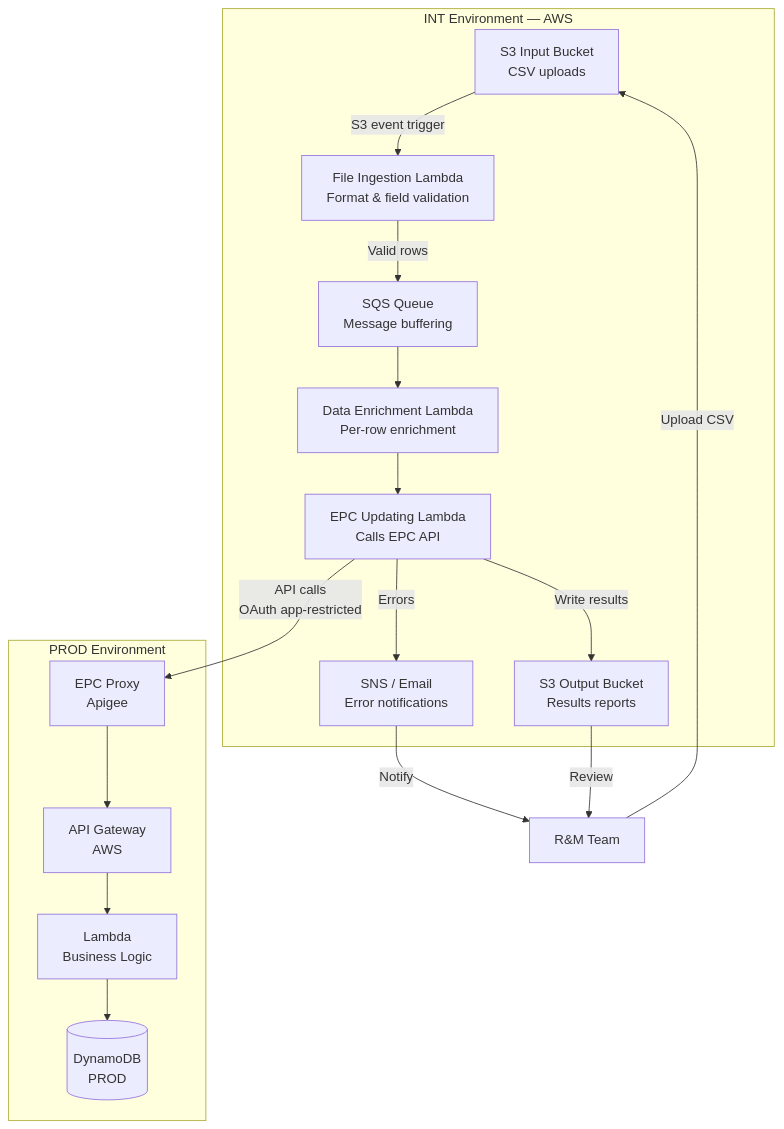
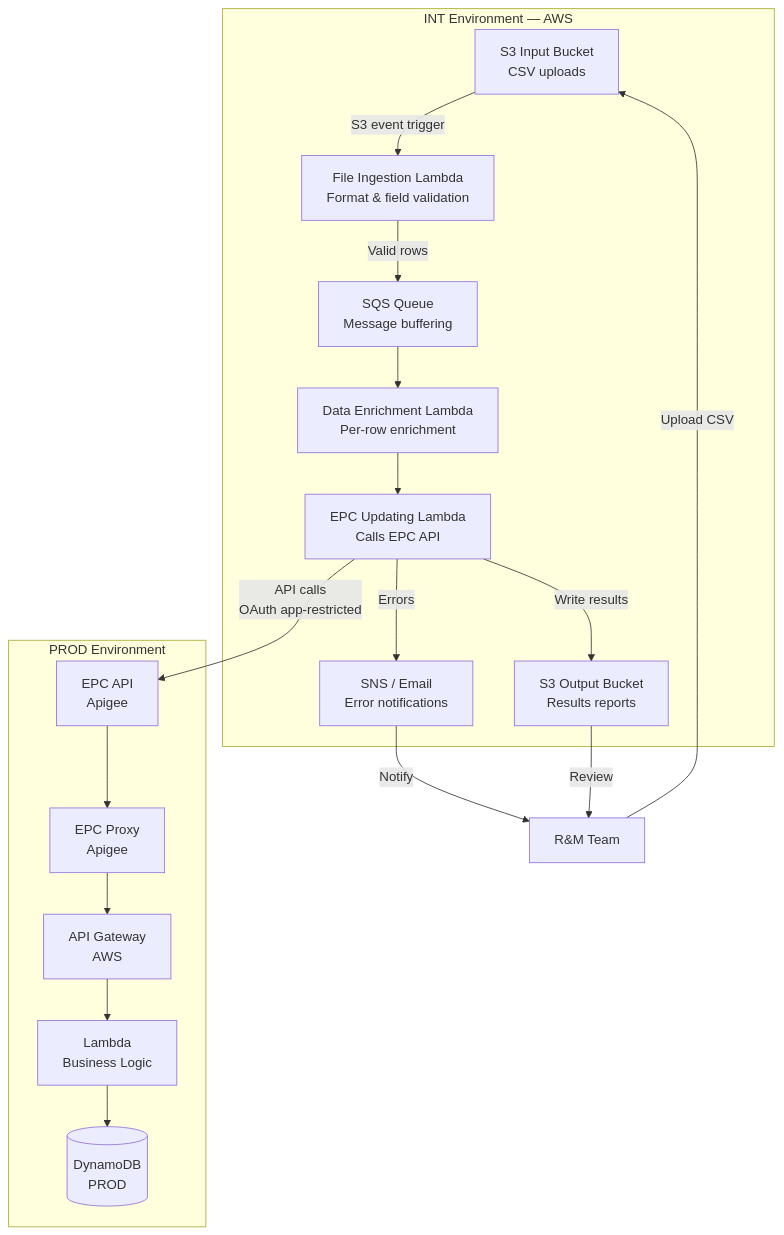
The second of 5 diagrams in Documents/architecture.md (RichardWardNHSD/epc-work), drawn with Mermaid before and after one commit. The commit also changed other lines of this file, not shown here.

````diff
--- a/Documents/architecture.md
+++ b/Documents/architecture.md
@@ -276,34 +276,36 @@
 ```mermaid
 graph TD
     subgraph "INT Environment — AWS"
         S3_IN[S3 Input Bucket<br/>CSV uploads]
         S3_OUT[S3 Output Bucket<br/>Results reports]
         INGEST[File Ingestion Lambda<br/>Format & field validation]
         SQS[SQS Queue<br/>Message buffering]
         ENRICH[Data Enrichment Lambda<br/>Per-row enrichment]
         UPDATE[EPC Updating Lambda<br/>Calls EPC API]
         EMAIL[SNS / Email<br/>Error notifications]
     end
 
     subgraph "PROD Environment"
+        EPC_API_P[EPC API<br/>Apigee]
         EPC_PROXY_P[EPC Proxy<br/>Apigee]
         APIGW_P[API Gateway<br/>AWS]
         LAMBDA_P[Lambda<br/>Business Logic]
         DDB_P[(DynamoDB<br/>PROD)]
     end
 
     RM_TEAM[R&M Team] -->|Upload CSV| S3_IN
     S3_IN -->|S3 event trigger| INGEST
     INGEST -->|Valid rows| SQS
     SQS --> ENRICH
     ENRICH --> UPDATE
-    UPDATE -->|API calls<br/>OAuth app-restricted| EPC_PROXY_P
+    UPDATE -->|API calls<br/>OAuth app-restricted| EPC_API_P
+    EPC_API_P --> EPC_PROXY_P
     EPC_PROXY_P --> APIGW_P
     APIGW_P --> LAMBDA_P
     LAMBDA_P --> DDB_P
 
     UPDATE -->|Write results| S3_OUT
     UPDATE -->|Errors| EMAIL
     EMAIL -->|Notify| RM_TEAM
     S3_OUT -->|Review| RM_TEAM
 ```
````
